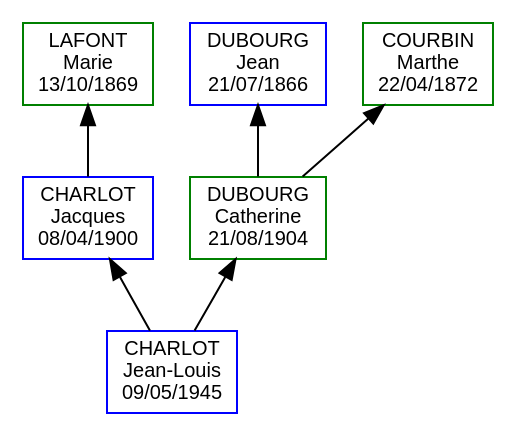
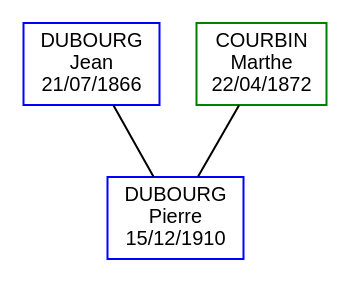
The diagram in VERNHES-ADRIEN-22007842/Niveau3/ascendants.dot (DazuAV/Arbre), drawn with Graphviz before and after one commit. The commit also changed 11 other files, not shown here.

```diff
--- a/VERNHES-ADRIEN-22007842/Niveau3/ascendants.dot
+++ b/VERNHES-ADRIEN-22007842/Niveau3/ascendants.dot
@@ -1,16 +1,12 @@
 digraph {
 rankdir = "BT";
 
 node [shape = box, fontname = "Arial", fontsize = 10];
-4 [label = "CHARLOT\nJean-Louis\n09/05/1945", color = blue];
-4 -> 8;
-8 [label = "CHARLOT\nJacques\n08/04/1900", color = blue];
-8 -> 17;
-17 [label = "LAFONT\nMarie\n13/10/1869", color = green];
-4 -> 9;
-9 [label = "DUBOURG\nCatherine\n21/08/1904", color = green];
-9 -> 18;
+
+edge [arrowhead = jc0, color = "#000000"];
+122 [label = "DUBOURG\nPierre\n15/12/1910", color = blue];
+122 -> 18;
 18 [label = "DUBOURG\nJean\n21/07/1866", color = blue];
-9 -> 19;
+122 -> 19;
 19 [label = "COURBIN\nMarthe\n22/04/1872", color = green];
 }
```
